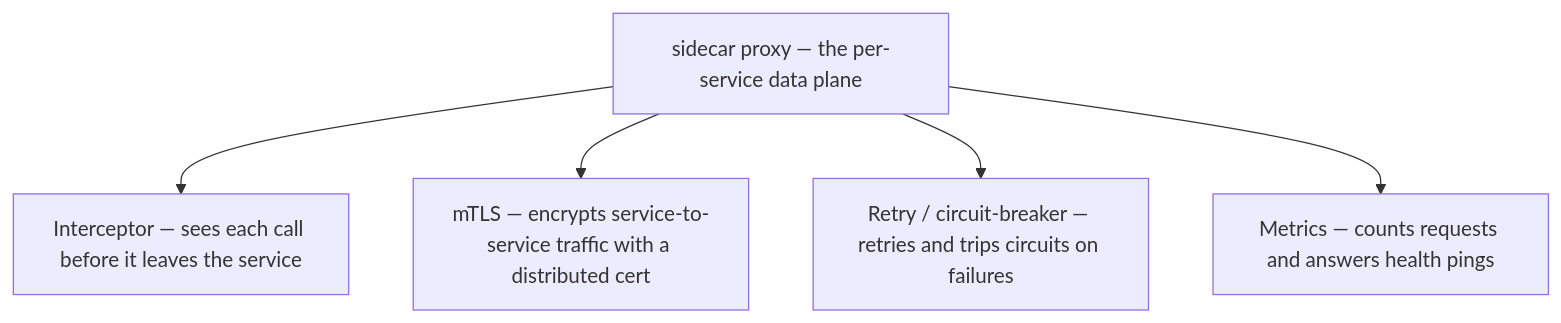
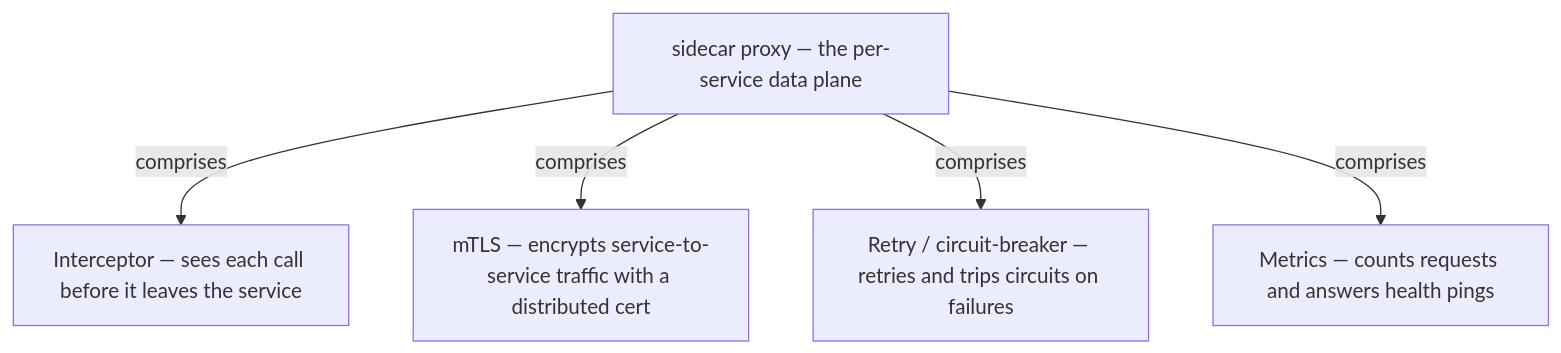
The sixth of 13 diagrams in docs/ch40-service-mesh.md (vinayakuber/microservices-io-study-guide), drawn with Mermaid before and after one commit. The commit also changed other lines of this file and 71 other files, not shown here.

First line of the commit message:
R18: label every diagram arrow with its meaning

````diff
--- a/docs/ch40-service-mesh.md
+++ b/docs/ch40-service-mesh.md
@@ -204,8 +204,8 @@
 ```mermaid
 flowchart TD
   R["sidecar proxy — the per-service data plane"]
-  R --> P0["Interceptor — sees each call before it leaves the service"]
-  R --> P1["mTLS — encrypts service-to-service traffic with a distributed cert"]
-  R --> P2["Retry / circuit-breaker — retries and trips circuits on failures"]
-  R --> P3["Metrics — counts requests and answers health pings"]
+  R -->|"comprises"| P0["Interceptor — sees each call before it leaves the service"]
+  R -->|"comprises"| P1["mTLS — encrypts service-to-service traffic with a distributed cert"]
+  R -->|"comprises"| P2["Retry / circuit-breaker — retries and trips circuits on failures"]
+  R -->|"comprises"| P3["Metrics — counts requests and answers health pings"]
 ```
````
